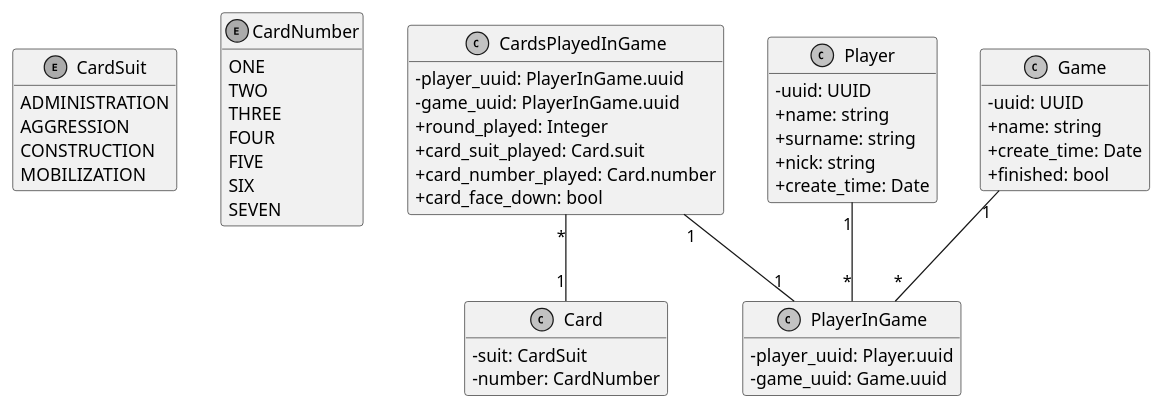
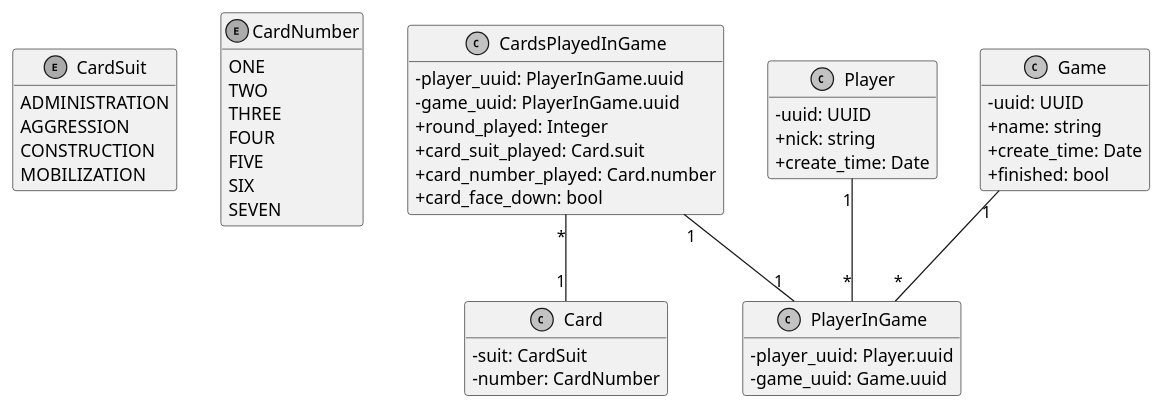
The diagram in docs/database_class_diagram.rst (dandon223/ArcTracker), drawn with PlantUML before and after one commit. The commit also changed 8 other files, not shown here.

```diff
--- a/docs/database_class_diagram.rst
+++ b/docs/database_class_diagram.rst
@@ -4,68 +4,66 @@
 .. uml::
 
       @startuml
       
       'style options 
       skinparam monochrome true
       skinparam circledCharacterRadius 9
       skinparam circledCharacterFontSize 8
       skinparam classAttributeIconSize 0
       hide empty members
 
       enum CardSuit {
         ADMINISTRATION
         AGGRESSION
         CONSTRUCTION
         MOBILIZATION
       }
 
       enum CardNumber {
         ONE
         TWO
         THREE
         FOUR
         FIVE
         SIX
         SEVEN
       }
 
       class Card {
         - suit: CardSuit
         - number: CardNumber
       }
 
       class Player {
         - uuid: UUID
-        + name: string
-        + surname: string
         + nick: string
         + create_time: Date
       }
 
       class Game {
         - uuid: UUID
         + name: string
         + create_time: Date
         + finished: bool
       }
 
       class PlayerInGame {
         - player_uuid: Player.uuid
         - game_uuid: Game.uuid
       }
 
       Player "1" -- "*" PlayerInGame
       Game "1" -- "*" PlayerInGame
 
       class CardsPlayedInGame {
         - player_uuid: PlayerInGame.uuid
         - game_uuid: PlayerInGame.uuid
         + round_played: Integer
         + card_suit_played: Card.suit
         + card_number_played: Card.number
         + card_face_down: bool
       }
 
       CardsPlayedInGame "*" -- "1" Card
       CardsPlayedInGame "1" -- "1" PlayerInGame
       @enduml
```
